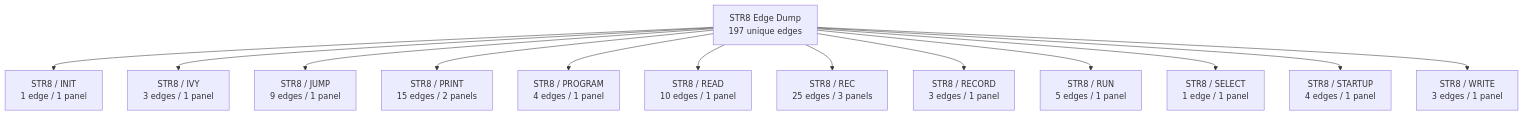
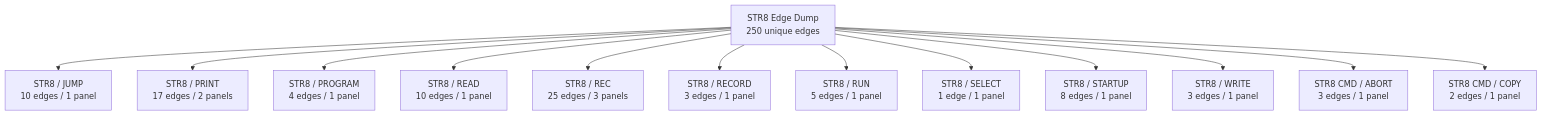
Before and after one commit to 95westus/R-YORS: the second of 42 diagrams in DOC/GUIDES/STR8/STR8_EDGE_DUMP.md, drawn with Mermaid. The commit also changed other lines of this file and 33 other files, not shown here.

````diff
--- a/DOC/GUIDES/STR8/STR8_EDGE_DUMP.md
+++ b/DOC/GUIDES/STR8/STR8_EDGE_DUMP.md
@@ -44,15 +44,15 @@
 ```mermaid
 flowchart TD
-    EDGE_ATLAS_ROOT_1["STR8 Edge Dump<br/>197 unique edges"] --> EDGE_FAMILY_1_0["STR8 / INIT<br/>1 edge / 1 panel"]
-    EDGE_ATLAS_ROOT_1["STR8 Edge Dump<br/>197 unique edges"] --> EDGE_FAMILY_1_1["STR8 / IVY<br/>3 edges / 1 panel"]
-    EDGE_ATLAS_ROOT_1["STR8 Edge Dump<br/>197 unique edges"] --> EDGE_FAMILY_1_2["STR8 / JUMP<br/>9 edges / 1 panel"]
-    EDGE_ATLAS_ROOT_1["STR8 Edge Dump<br/>197 unique edges"] --> EDGE_FAMILY_1_3["STR8 / PRINT<br/>15 edges / 2 panels"]
-    EDGE_ATLAS_ROOT_1["STR8 Edge Dump<br/>197 unique edges"] --> EDGE_FAMILY_1_4["STR8 / PROGRAM<br/>4 edges / 1 panel"]
-    EDGE_ATLAS_ROOT_1["STR8 Edge Dump<br/>197 unique edges"] --> EDGE_FAMILY_1_5["STR8 / READ<br/>10 edges / 1 panel"]
-    EDGE_ATLAS_ROOT_1["STR8 Edge Dump<br/>197 unique edges"] --> EDGE_FAMILY_1_6["STR8 / REC<br/>25 edges / 3 panels"]
-    EDGE_ATLAS_ROOT_1["STR8 Edge Dump<br/>197 unique edges"] --> EDGE_FAMILY_1_7["STR8 / RECORD<br/>3 edges / 1 panel"]
-    EDGE_ATLAS_ROOT_1["STR8 Edge Dump<br/>197 unique edges"] --> EDGE_FAMILY_1_8["STR8 / RUN<br/>5 edges / 1 panel"]
-    EDGE_ATLAS_ROOT_1["STR8 Edge Dump<br/>197 unique edges"] --> EDGE_FAMILY_1_9["STR8 / SELECT<br/>1 edge / 1 panel"]
-    EDGE_ATLAS_ROOT_1["STR8 Edge Dump<br/>197 unique edges"] --> EDGE_FAMILY_1_10["STR8 / STARTUP<br/>4 edges / 1 panel"]
-    EDGE_ATLAS_ROOT_1["STR8 Edge Dump<br/>197 unique edges"] --> EDGE_FAMILY_1_11["STR8 / WRITE<br/>3 edges / 1 panel"]
+    EDGE_ATLAS_ROOT_1["STR8 Edge Dump<br/>250 unique edges"] --> EDGE_FAMILY_1_0["STR8 / JUMP<br/>10 edges / 1 panel"]
+    EDGE_ATLAS_ROOT_1["STR8 Edge Dump<br/>250 unique edges"] --> EDGE_FAMILY_1_1["STR8 / PRINT<br/>17 edges / 2 panels"]
+    EDGE_ATLAS_ROOT_1["STR8 Edge Dump<br/>250 unique edges"] --> EDGE_FAMILY_1_2["STR8 / PROGRAM<br/>4 edges / 1 panel"]
+    EDGE_ATLAS_ROOT_1["STR8 Edge Dump<br/>250 unique edges"] --> EDGE_FAMILY_1_3["STR8 / READ<br/>10 edges / 1 panel"]
+    EDGE_ATLAS_ROOT_1["STR8 Edge Dump<br/>250 unique edges"] --> EDGE_FAMILY_1_4["STR8 / REC<br/>25 edges / 3 panels"]
+    EDGE_ATLAS_ROOT_1["STR8 Edge Dump<br/>250 unique edges"] --> EDGE_FAMILY_1_5["STR8 / RECORD<br/>3 edges / 1 panel"]
+    EDGE_ATLAS_ROOT_1["STR8 Edge Dump<br/>250 unique edges"] --> EDGE_FAMILY_1_6["STR8 / RUN<br/>5 edges / 1 panel"]
+    EDGE_ATLAS_ROOT_1["STR8 Edge Dump<br/>250 unique edges"] --> EDGE_FAMILY_1_7["STR8 / SELECT<br/>1 edge / 1 panel"]
+    EDGE_ATLAS_ROOT_1["STR8 Edge Dump<br/>250 unique edges"] --> EDGE_FAMILY_1_8["STR8 / STARTUP<br/>8 edges / 1 panel"]
+    EDGE_ATLAS_ROOT_1["STR8 Edge Dump<br/>250 unique edges"] --> EDGE_FAMILY_1_9["STR8 / WRITE<br/>3 edges / 1 panel"]
+    EDGE_ATLAS_ROOT_1["STR8 Edge Dump<br/>250 unique edges"] --> EDGE_FAMILY_1_10["STR8 CMD / ABORT<br/>3 edges / 1 panel"]
+    EDGE_ATLAS_ROOT_1["STR8 Edge Dump<br/>250 unique edges"] --> EDGE_FAMILY_1_11["STR8 CMD / COPY<br/>2 edges / 1 panel"]
 ```
````
